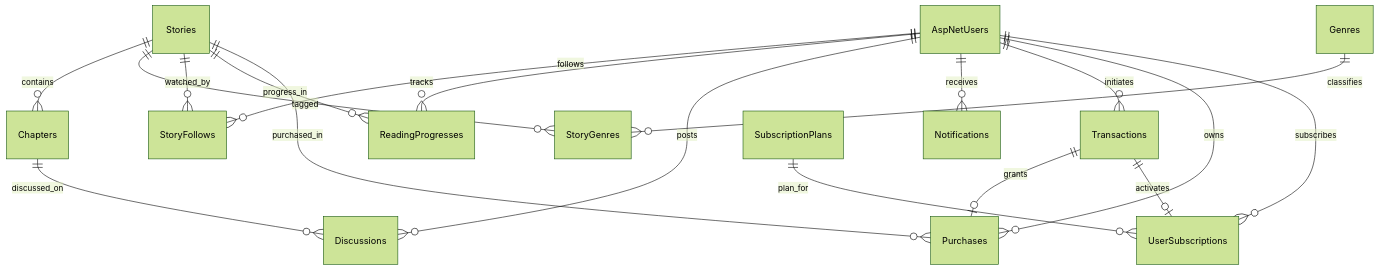
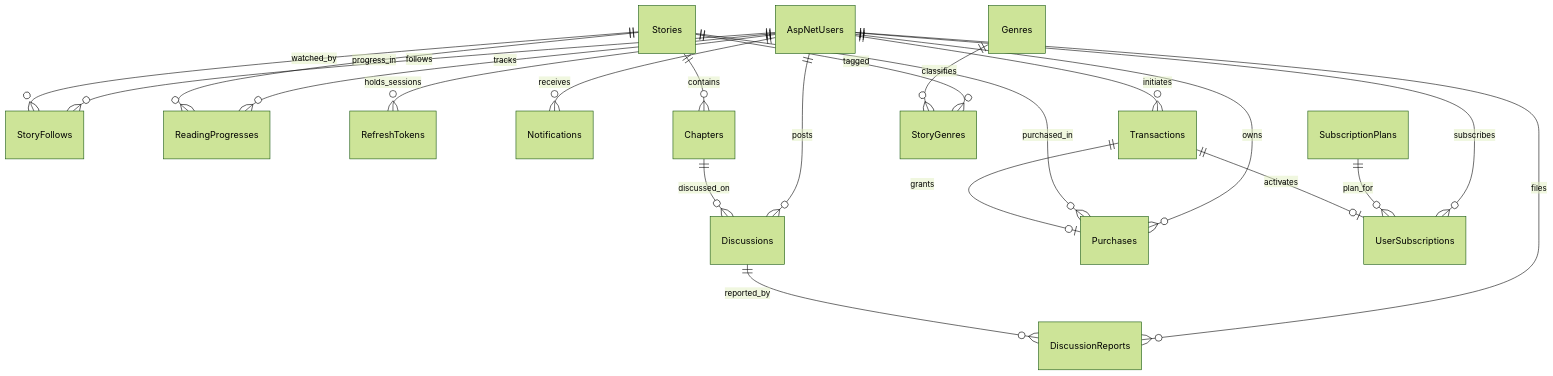
The second of 8 diagrams in KIEN_TRUC_CONG_NGHE_VA_FLOW.md (tuyenminhtran/HeThongQuanLyDocTruyen-Nhom-7), drawn with Mermaid (forest theme) before and after one commit. The commit also changed other lines of this file and 55 other files, not shown here.

````diff
--- a/KIEN_TRUC_CONG_NGHE_VA_FLOW.md
+++ b/KIEN_TRUC_CONG_NGHE_VA_FLOW.md
@@ -65,22 +69,25 @@
 ```mermaid
 erDiagram
     AspNetUsers ||--o{ StoryFollows : follows
     AspNetUsers ||--o{ ReadingProgresses : tracks
     AspNetUsers ||--o{ Discussions : posts
+    AspNetUsers ||--o{ DiscussionReports : files
+    AspNetUsers ||--o{ RefreshTokens : holds_sessions
     AspNetUsers ||--o{ Notifications : receives
     AspNetUsers ||--o{ Transactions : initiates
     AspNetUsers ||--o{ Purchases : owns
     AspNetUsers ||--o{ UserSubscriptions : subscribes
 
     Stories ||--o{ Chapters : contains
     Stories ||--o{ StoryGenres : tagged
     Genres ||--o{ StoryGenres : classifies
     Stories ||--o{ StoryFollows : watched_by
     Stories ||--o{ ReadingProgresses : progress_in
     Stories ||--o{ Purchases : purchased_in
 
     Chapters ||--o{ Discussions : discussed_on
+    Discussions ||--o{ DiscussionReports : reported_by
     SubscriptionPlans ||--o{ UserSubscriptions : plan_for
     Transactions ||--o| Purchases : grants
     Transactions ||--o| UserSubscriptions : activates
 ```
````
